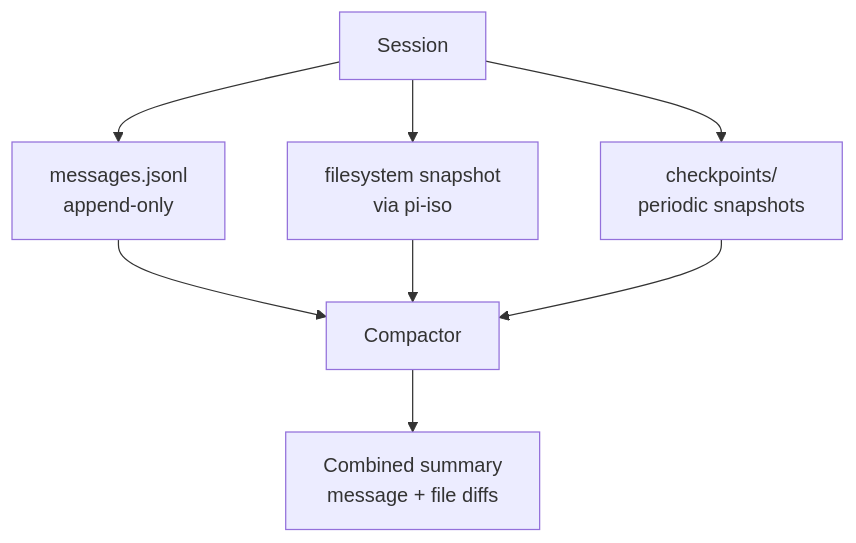
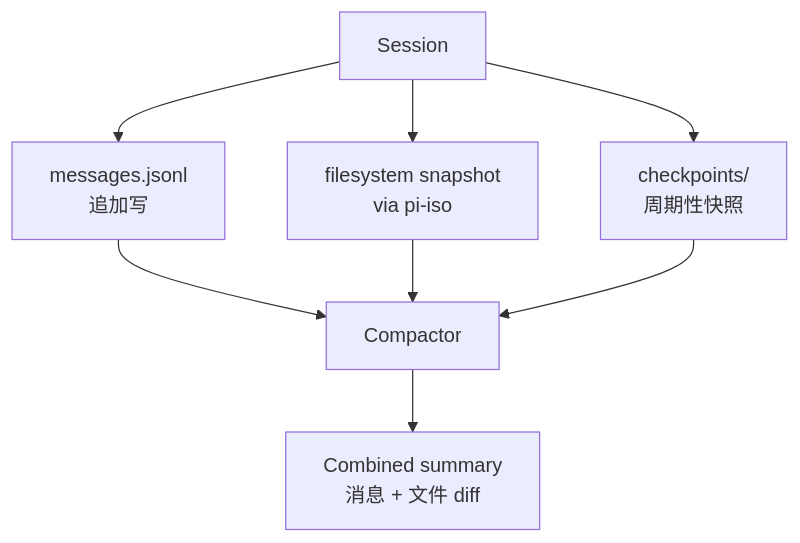
Before and after one commit to YeLuo45/oh-my-pi-design: the first of 4 diagrams in docs-site/docs/10-snapcompact.md, drawn with Mermaid. The commit also changed other lines of this file and 37 other files, not shown here.

````diff
--- a/docs-site/docs/10-snapcompact.md
+++ b/docs-site/docs/10-snapcompact.md
@@ -33,12 +33,12 @@
 ```mermaid
 flowchart TB
   Session[Session]
-  Session --> JSONL[messages.jsonl<br/>append-only]
+  Session --> JSONL[messages.jsonl<br/>追加写]
   Session --> Snap[filesystem snapshot<br/>via pi-iso]
-  Session --> Checkpoint[checkpoints/<br/>periodic snapshots]
-  
+  Session --> Checkpoint[checkpoints/<br/>周期性快照]
+
   JSONL --> Compactor[Compactor]
   Snap --> Compactor
   Checkpoint --> Compactor
-  Compactor --> Combined[Combined summary<br/>message + file diffs]
+  Compactor --> Combined[Combined summary<br/>消息 + 文件 diff]
 ```
````
